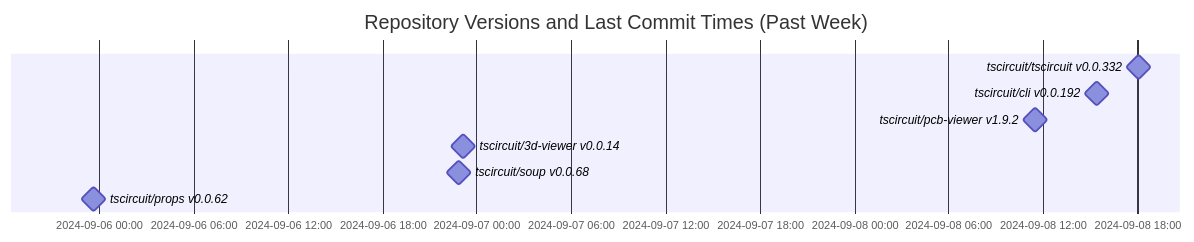
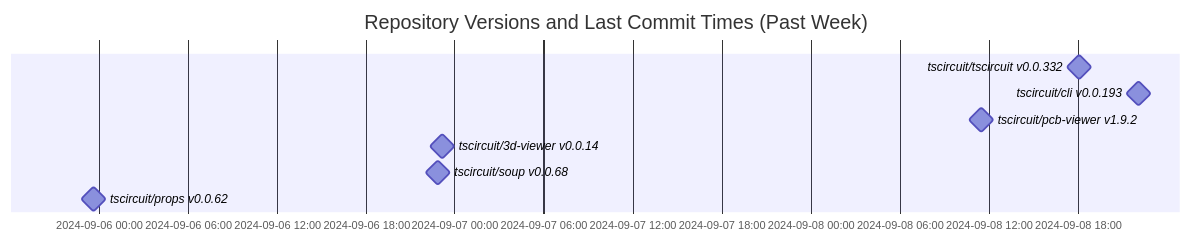
One commit to tscircuit/version-tracker changed the diagram in README.md. Above: the diagram before and after it, drawn with Mermaid.

Commit message:
Update chart

````diff
--- a/README.md
+++ b/README.md
@@ -1,13 +1,13 @@
 ```mermaid
 gantt
   dateFormat  YYYY-MM-DD HH:mm:ss
   title Repository Versions and Last Commit Times (Past Week)
   axisFormat %Y-%m-%d %H:%M
 
   tscircuit/tscircuit v0.0.332 : milestone, 2024-09-08 18:03:38, 1s
-  tscircuit/cli v0.0.192 : milestone, 2024-09-08 15:23:09, 1s
+  tscircuit/cli v0.0.193 : milestone, 2024-09-08 22:05:27, 1s
   tscircuit/pcb-viewer v1.9.2 : milestone, 2024-09-08 11:28:49, 1s
   tscircuit/3d-viewer v0.0.14 : milestone, 2024-09-06 23:07:26, 1s
   tscircuit/soup v0.0.68 : milestone, 2024-09-06 22:51:33, 1s
   tscircuit/props v0.0.62 : milestone, 2024-09-05 23:38:33, 1s
 ```
````
